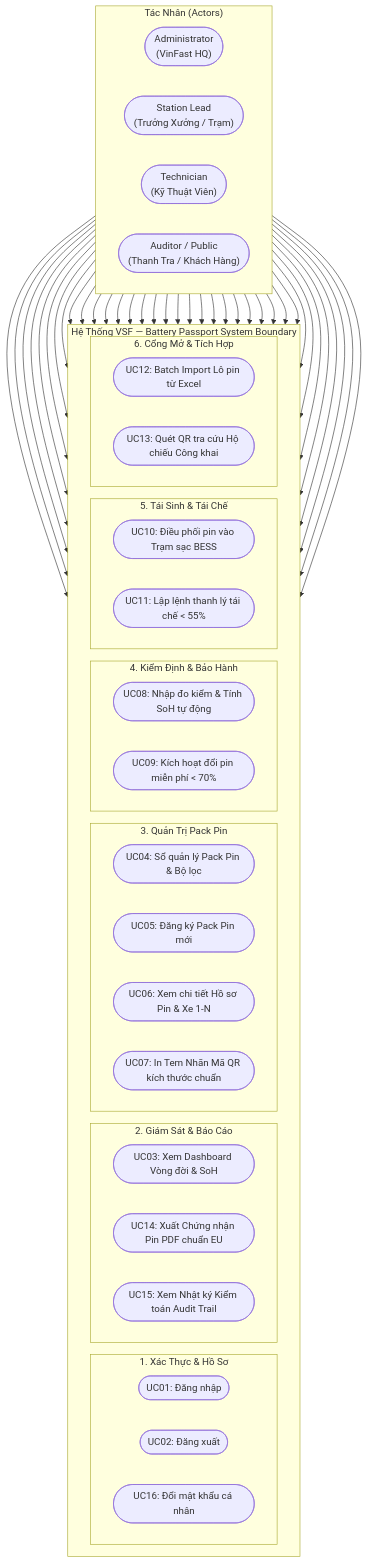
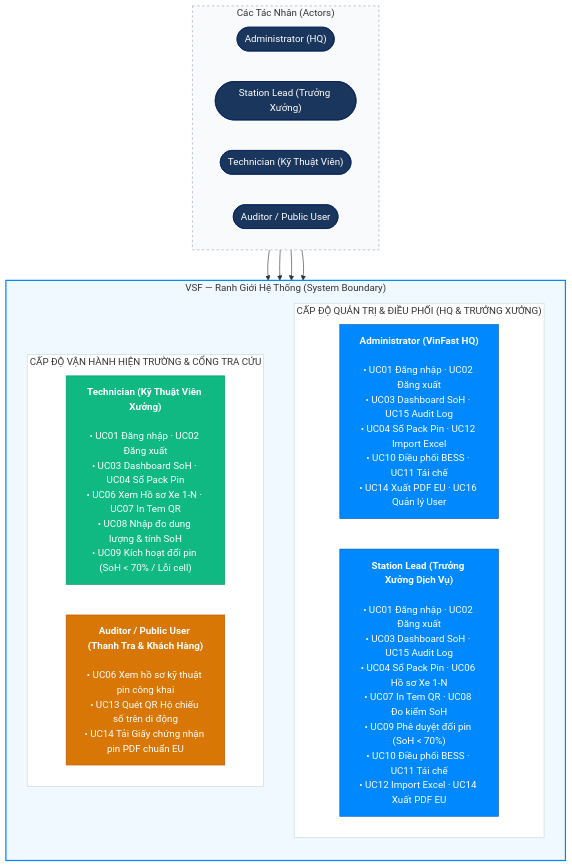
The diagram in docs/03-use-cases.md (nhatgudboi/VinFast-Battery-Passport-Second-Life-Platform), drawn with Mermaid before and after one commit. The commit also changed other lines of this file and 1 other file, not shown here.

Commit message:
fix(docs): optimize Use Case diagram into a responsive 2x2 grid layout preventing text clipping

````diff
--- a/docs/03-use-cases.md
+++ b/docs/03-use-cases.md
@@ -24,59 +24,42 @@
 ```mermaid
 flowchart TB
-    subgraph Actors["Tác Nhân (Actors)"]
+    subgraph roles["Các Tác Nhân (Actors)"]
         direction LR
-        admin(["Administrator<br/>(VinFast HQ)"])
-        lead(["Station Lead<br/>(Trưởng Xưởng / Trạm)"])
-        tech(["Technician<br/>(Kỹ Thuật Viên)"])
-        auditor(["Auditor / Public<br/>(Thanh Tra / Khách Hàng)"])
+        admin(["Administrator (HQ)"])
+        lead(["Station Lead (Trưởng Xưởng)"])
+        tech(["Technician (Kỹ Thuật Viên)"])
+        viewer(["Auditor / Public User"])
     end
 
-    subgraph System["Hệ Thống VSF — Battery Passport System Boundary"]
-        direction LR
-        
-        subgraph Auth_Module["1. Xác Thực & Hồ Sơ"]
-            UC01(["UC01: Đăng nhập"])
-            UC02(["UC02: Đăng xuất"])
-            UC16(["UC16: Đổi mật khẩu cá nhân"])
+    subgraph system["VSF — Ranh Giới Hệ Thống (System Boundary)"]
+        direction TB
+        subgraph mgmt["CẤP ĐỘ QUẢN TRỊ & ĐIỀU PHỐI (HQ & TRƯỞNG XƯỞNG)"]
+            direction LR
+            adminCases["<b>Administrator (VinFast HQ)</b><br/><br/>• UC01 Đăng nhập · UC02 Đăng xuất<br/>• UC03 Dashboard SoH · UC15 Audit Log<br/>• UC04 Sổ Pack Pin · UC12 Import Excel<br/>• UC10 Điều phối BESS · UC11 Tái chế<br/>• UC14 Xuất PDF EU · UC16 Quản lý User"]
+            leadCases["<b>Station Lead (Trưởng Xưởng Dịch Vụ)</b><br/><br/>• UC01 Đăng nhập · UC02 Đăng xuất<br/>• UC03 Dashboard SoH · UC15 Audit Log<br/>• UC04 Sổ Pack Pin · UC06 Hồ sơ Xe 1-N<br/>• UC07 In Tem QR · UC08 Đo kiểm SoH<br/>• UC09 Phê duyệt đổi pin (SoH < 70%)<br/>• UC10 Điều phối BESS · UC11 Tái chế<br/>• UC12 Import Excel · UC14 Xuất PDF EU"]
         end
-
-        subgraph Monitoring_Module["2. Giám Sát & Báo Cáo"]
-            UC03(["UC03: Xem Dashboard Vòng đời & SoH"])
-            UC14(["UC14: Xuất Chứng nhận Pin PDF chuẩn EU"])
-            UC15(["UC15: Xem Nhật ký Kiểm toán Audit Trail"])
-        end
-
-        subgraph Registry_Module["3. Quản Trị Pack Pin"]
-            UC04(["UC04: Sổ quản lý Pack Pin & Bộ lọc"])
-            UC05(["UC05: Đăng ký Pack Pin mới"])
-            UC06(["UC06: Xem chi tiết Hồ sơ Pin & Xe 1-N"])
-            UC07(["UC07: In Tem Nhãn Mã QR kích thước chuẩn"])
-        end
-
-        subgraph Inspection_Module["4. Kiểm Định & Bảo Hành"]
-            UC08(["UC08: Nhập đo kiểm & Tính SoH tự động"])
-            UC09(["UC09: Kích hoạt đổi pin miễn phí < 70%"])
-        end
-
-        subgraph SecondLife_Module["5. Tái Sinh & Tái Chế"]
-            UC10(["UC10: Điều phối pin vào Trạm sạc BESS"])
-            UC11(["UC11: Lập lệnh thanh lý tái chế < 55%"])
-        end
-
-        subgraph Integration_Module["6. Cổng Mở & Tích Hợp"]
-            UC12(["UC12: Batch Import Lô pin từ Excel"])
-            UC13(["UC13: Quét QR tra cứu Hộ chiếu Công khai"])
+        subgraph ops["CẤP ĐỘ VẬN HÀNH HIỆN TRƯỜNG & CỔNG TRA CỨU"]
+            direction LR
+            techCases["<b>Technician (Kỹ Thuật Viên Xưởng)</b><br/><br/>• UC01 Đăng nhập · UC02 Đăng xuất<br/>• UC03 Dashboard SoH · UC04 Sổ Pack Pin<br/>• UC06 Xem Hồ sơ Xe 1-N · UC07 In Tem QR<br/>• UC08 Nhập đo dung lượng & tính SoH<br/>• UC09 Kích hoạt đổi pin (SoH < 70% / Lỗi cell)"]
+            viewerCases["<b>Auditor / Public User (Thanh Tra & Khách Hàng)</b><br/><br/>• UC06 Xem hồ sơ kỹ thuật pin công khai<br/>• UC13 Quét QR Hộ chiếu số trên di động<br/>• UC14 Tải Giấy chứng nhận pin PDF chuẩn EU"]
         end
     end
 
-    admin --> UC01 & UC02 & UC03 & UC04 & UC10 & UC11 & UC12 & UC14 & UC15 & UC16
-    lead --> UC01 & UC02 & UC03 & UC04 & UC06 & UC07 & UC08 & UC09 & UC10 & UC11 & UC12 & UC14 & UC15 & UC16
-    tech --> UC01 & UC02 & UC03 & UC04 & UC06 & UC07 & UC08 & UC09 & UC16
-    auditor --> UC06 & UC13 & UC14
+    admin --> adminCases
+    lead --> leadCases
+    tech --> techCases
+    viewer --> viewerCases
 
-    classDef adminStyle fill:#1b365d,color:#fff,stroke:#00205b
-    classDef leadStyle fill:#0088ff,color:#fff,stroke:#0055b3
-    classDef techStyle fill:#10b981,color:#fff,stroke:#059669
-    classDef publicStyle fill:#f59e0b,color:#fff,stroke:#d97706
-    class adminStyle,leadStyle,techStyle,publicStyle default
+    classDef actor fill:#1b365d,color:#fff,stroke:#00205b
+    classDef primary fill:#0088ff,color:#fff,stroke:#0055b3
+    classDef standard fill:#10b981,color:#fff,stroke:#059669
+    classDef publicStyle fill:#d97706,color:#fff,stroke:#b45309
+    class admin,lead,tech,viewer actor
+    class adminCases,leadCases primary
+    class techCases standard
+    class viewerCases publicStyle
+    style roles fill:#f8fafc,stroke:#94a3b8,stroke-dasharray: 4 4
+    style system fill:#f0f9ff,stroke:#0088ff,stroke-width:2px
+    style mgmt fill:#ffffff,stroke:#cbd5e1,stroke-width:1px
+    style ops fill:#ffffff,stroke:#cbd5e1,stroke-width:1px
 ```
````
